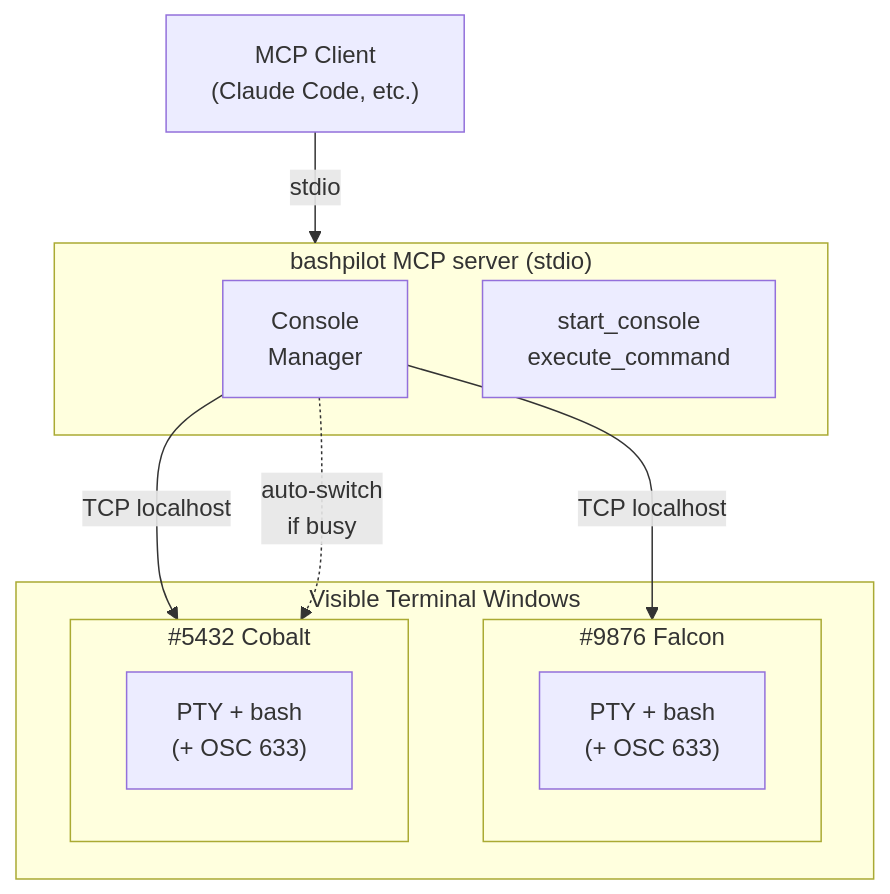
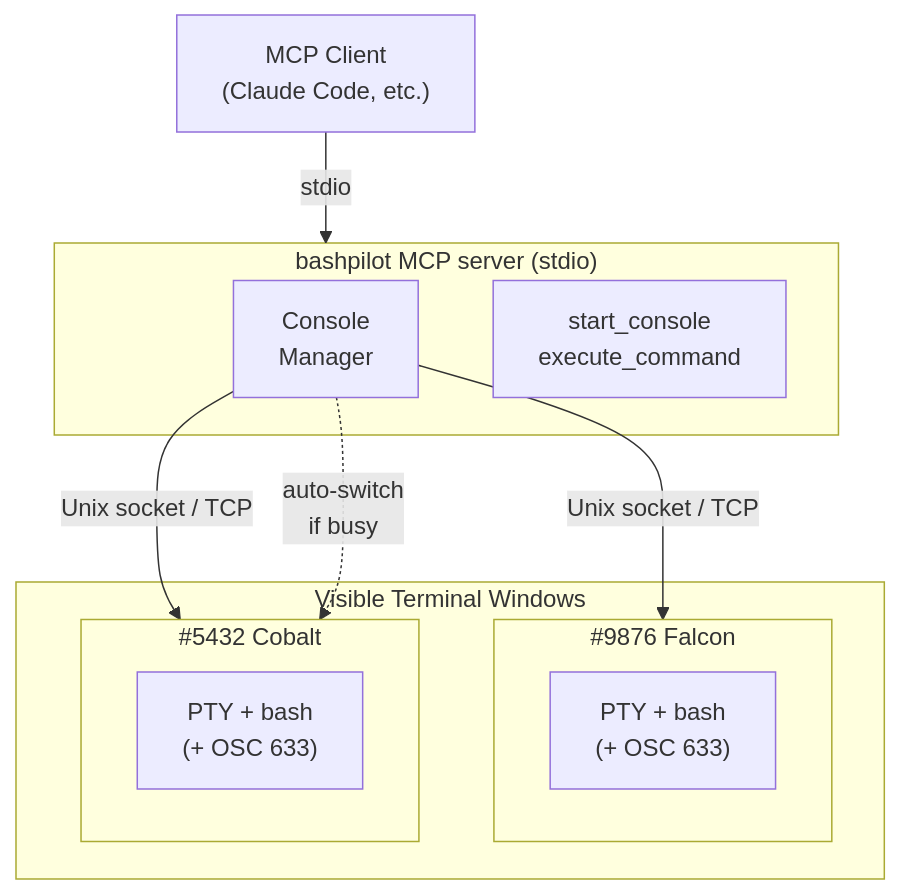
One commit to yotsuda/bashpilot changed the diagram in README.md. Above: the diagram before and after it, drawn with Mermaid. The commit also changed other lines of this file and 2 other files, not shown here.

````diff
--- a/README.md
+++ b/README.md
@@ -13,23 +13,23 @@
 ```mermaid
 graph TB
     Client["MCP Client<br/>(Claude Code, etc.)"]
 
     subgraph MCP["bashpilot MCP server (stdio)"]
         CM["Console<br/>Manager"]
         Tools["start_console<br/>execute_command"]
     end
 
     subgraph Consoles["Visible Terminal Windows"]
         subgraph C1["#9876 Falcon"]
             PTY1["PTY + bash<br/>(+ OSC 633)"]
         end
         subgraph C2["#5432 Cobalt"]
             PTY2["PTY + bash<br/>(+ OSC 633)"]
         end
     end
 
     Client -- "stdio" --> MCP
-    CM -- "TCP localhost" --> C1
-    CM -- "TCP localhost" --> C2
+    CM -- "Unix socket / TCP" --> C1
+    CM -- "Unix socket / TCP" --> C2
     CM -. "auto-switch<br/>if busy" .-> C2
 ```
````
